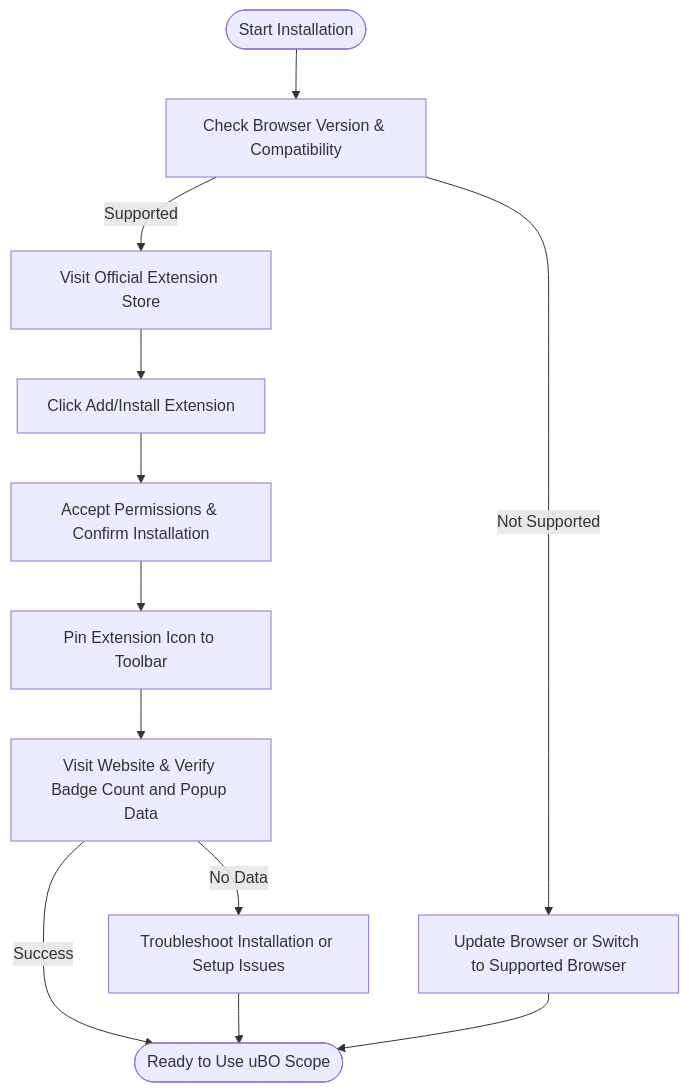
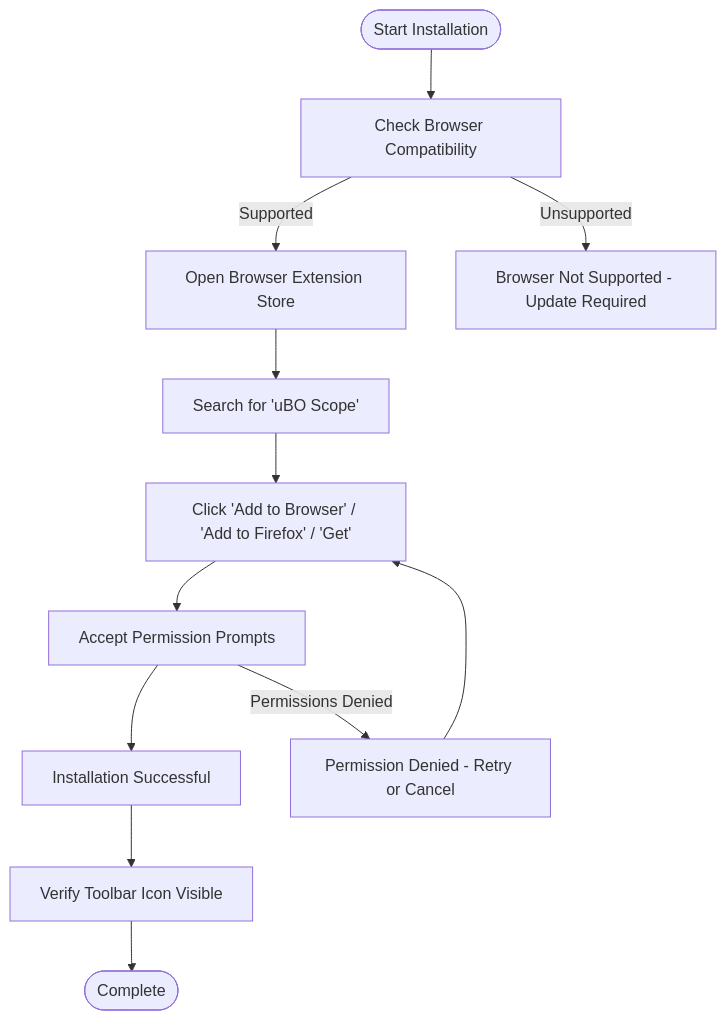
One commit to clidey/docucod-public-project-adf15a81-508f-4f0d-9083-12549e1f66a0 changed the diagram in guides/getting-started/install-extension.mdx. Above: the diagram before and after it, drawn with Mermaid. The commit also changed other lines of this file and 26 other files, not shown here.

````diff
--- a/guides/getting-started/install-extension.mdx
+++ b/guides/getting-started/install-extension.mdx
@@ -164,14 +171,14 @@
 ```mermaid
 flowchart TD
-  Start([Start Installation]) --> CheckBrowser["Check Browser Version & Compatibility"]
-  CheckBrowser -->|Supported| VisitStore["Visit Official Extension Store"]
-  CheckBrowser -->|Not Supported| UpdateBrowser["Update Browser or Switch to Supported Browser"]
-  VisitStore --> InstallExtension["Click Add/Install Extension"]
-  InstallExtension --> ConfirmPermissions["Accept Permissions & Confirm Installation"]
-  ConfirmPermissions --> PinIcon["Pin Extension Icon to Toolbar"]
-  PinIcon --> VerifyFunction["Visit Website & Verify Badge Count and Popup Data"]
-  VerifyFunction -->|Success| End([Ready to Use uBO Scope])
-  VerifyFunction -->|No Data| Troubleshoot["Troubleshoot Installation or Setup Issues"]
-  Troubleshoot --> End
-  UpdateBrowser --> End
+    Start([Start Installation]) --> CheckBrowser["Check Browser Compatibility"]
+    CheckBrowser -->|Supported| OpenStore["Open Browser Extension Store"]
+    CheckBrowser -->|Unsupported| Incompatible["Browser Not Supported - Update Required"]
+    OpenStore --> SearchUboScope["Search for 'uBO Scope'"]
+    SearchUboScope --> ClickAdd["Click 'Add to Browser' / 'Add to Firefox' / 'Get'"]
+    ClickAdd --> ConfirmPermissions["Accept Permission Prompts"]
+    ConfirmPermissions --> InstallSuccess["Installation Successful"]
+    InstallSuccess --> VerifyIcon["Verify Toolbar Icon Visible"]
+    VerifyIcon --> End([Complete])
+    ConfirmPermissions -->|Permissions Denied| ErrorPermissions["Permission Denied - Retry or Cancel"]
+    ErrorPermissions --> ClickAdd
 ```
````
